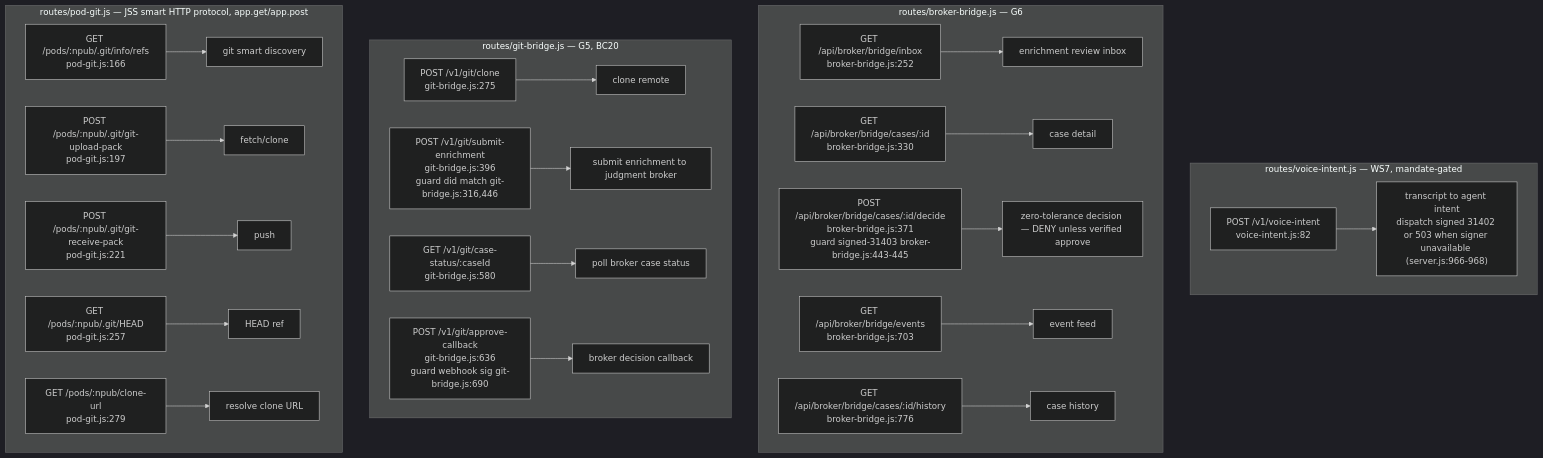
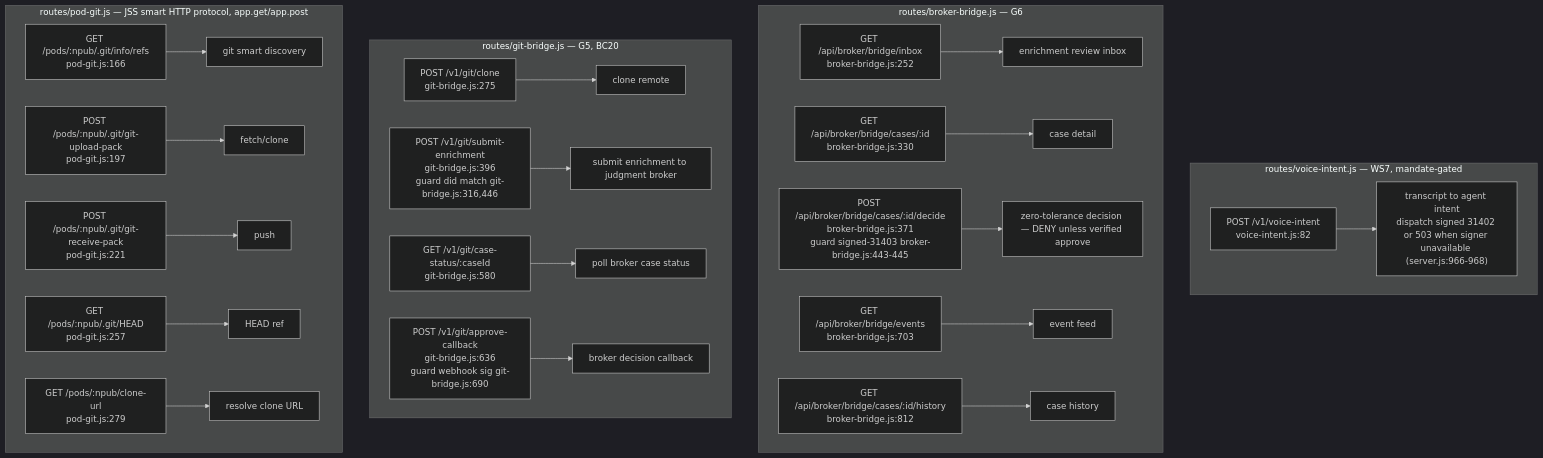
Diagram 11 of 17 in docs/diagrams/agentbox/03-management-api-request-lifecycle.md (DreamLab-AI/VisionFlow), drawn with Mermaid (dark theme) before and after one commit.

Commit message:
docs(diagrams): ground learning and service citations in owning source

````diff
--- a/docs/diagrams/agentbox/03-management-api-request-lifecycle.md
+++ b/docs/diagrams/agentbox/03-management-api-request-lifecycle.md
@@ -425,26 +425,26 @@
 ```mermaid
 flowchart TD
     subgraph vi["routes/voice-intent.js — WS7, mandate-gated"]
         VI1["POST /v1/voice-intent<br/>voice-intent.js:82"] --> VIH1["transcript to agent intent<br/>dispatch signed 31402 or 503 when signer unavailable (server.js:966-968)"]
     end
     subgraph bb["routes/broker-bridge.js — G6"]
         BB1["GET /api/broker/bridge/inbox<br/>broker-bridge.js:252"] --> BBH1["enrichment review inbox"]
         BB2["GET /api/broker/bridge/cases/:id<br/>broker-bridge.js:330"] --> BBH2["case detail"]
         BB3["POST /api/broker/bridge/cases/:id/decide<br/>broker-bridge.js:371<br/>guard signed-31403 broker-bridge.js:443-445"] --> BBH3["zero-tolerance decision — DENY unless verified approve"]
         BB4["GET /api/broker/bridge/events<br/>broker-bridge.js:703"] --> BBH4["event feed"]
-        BB5["GET /api/broker/bridge/cases/:id/history<br/>broker-bridge.js:776"] --> BBH5["case history"]
+        BB5["GET /api/broker/bridge/cases/:id/history<br/>broker-bridge.js:812"] --> BBH5["case history"]
     end
     subgraph gb["routes/git-bridge.js — G5, BC20"]
         GB1["POST /v1/git/clone<br/>git-bridge.js:275"] --> GBH1["clone remote"]
         GB2["POST /v1/git/submit-enrichment<br/>git-bridge.js:396<br/>guard did match git-bridge.js:316,446"] --> GBH2["submit enrichment to judgment broker"]
         GB3["GET /v1/git/case-status/:caseId<br/>git-bridge.js:580"] --> GBH3["poll broker case status"]
         GB4["POST /v1/git/approve-callback<br/>git-bridge.js:636<br/>guard webhook sig git-bridge.js:690"] --> GBH4["broker decision callback"]
     end
     subgraph pg["routes/pod-git.js — JSS smart HTTP protocol, app.get/app.post"]
         PG1["GET /pods/:npub/.git/info/refs<br/>pod-git.js:166"] --> PGH1["git smart discovery"]
         PG2["POST /pods/:npub/.git/git-upload-pack<br/>pod-git.js:197"] --> PGH2["fetch/clone"]
         PG3["POST /pods/:npub/.git/git-receive-pack<br/>pod-git.js:221"] --> PGH3["push"]
         PG4["GET /pods/:npub/.git/HEAD<br/>pod-git.js:257"] --> PGH4["HEAD ref"]
         PG5["GET /pods/:npub/clone-url<br/>pod-git.js:279"] --> PGH5["resolve clone URL"]
     end
 ```
````
